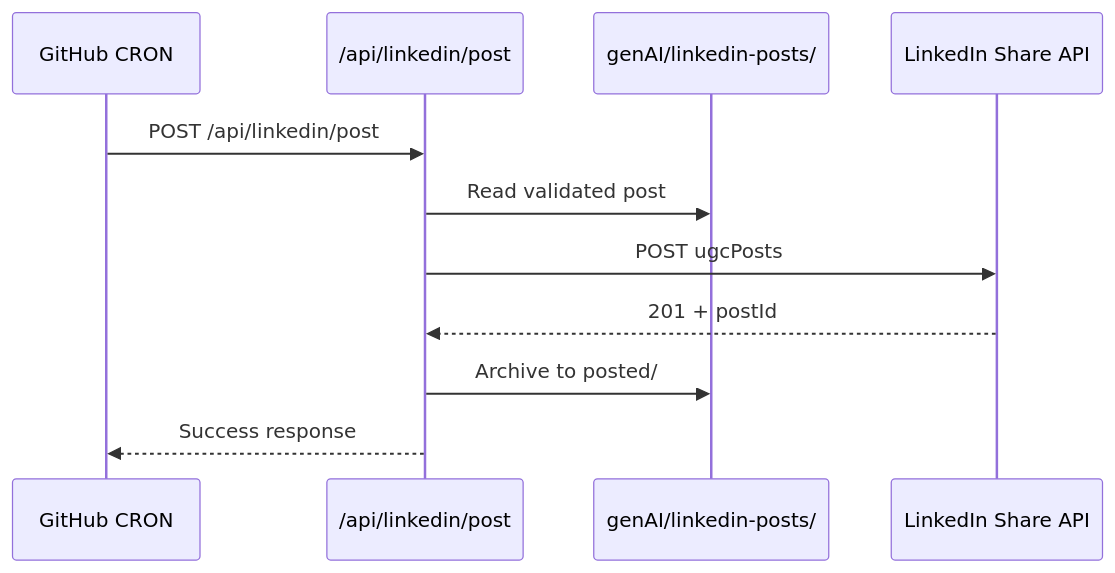
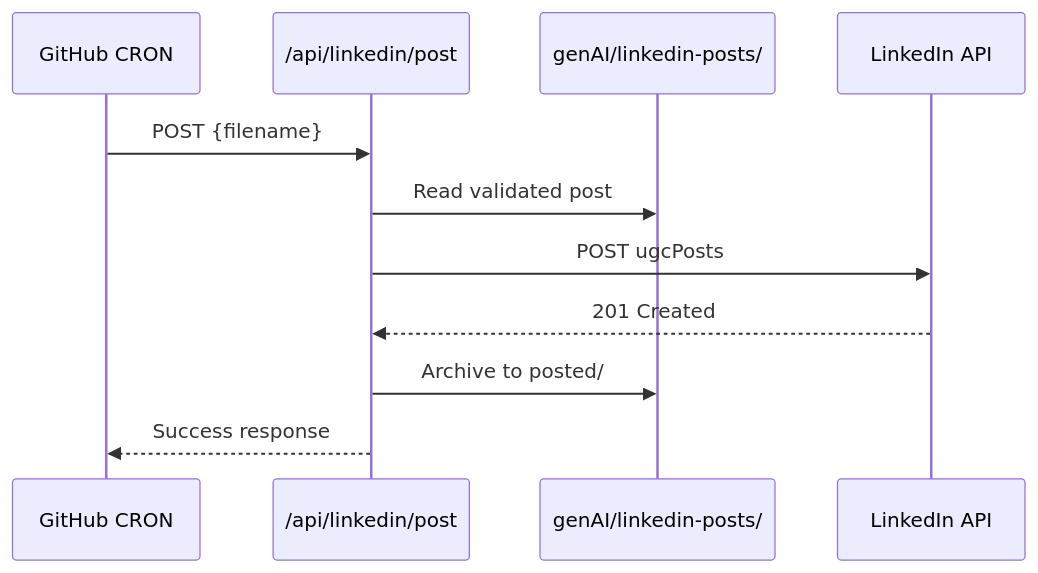
One commit to thomas-to-bcheme/thomas-to-bcheme changed the fifth of 8 diagrams in README.md. Above: the diagram before and after it, drawn with Mermaid. The commit also changed other lines of this file, not shown here.

First line of the commit message:
Refactor README with improved Mermaid visualizations

````diff
--- a/README.md
+++ b/README.md
@@ -372,14 +270,14 @@
 ```mermaid
 sequenceDiagram
-    participant Scheduler as GitHub CRON
-    participant API as /api/linkedin/post
-    participant FS as genAI/linkedin-posts/
-    participant LinkedIn as LinkedIn Share API
+    participant S as GitHub CRON
+    participant A as /api/linkedin/post
+    participant F as genAI/linkedin-posts/
+    participant L as LinkedIn API
 
-    Scheduler->>API: POST /api/linkedin/post
-    API->>FS: Read validated post
-    API->>LinkedIn: POST ugcPosts
-    LinkedIn-->>API: 201 + postId
-    API->>FS: Archive to posted/
-    API-->>Scheduler: Success response
+    S->>A: POST {filename}
+    A->>F: Read validated post
+    A->>L: POST ugcPosts
+    L-->>A: 201 Created
+    A->>F: Archive to posted/
+    A-->>S: Success response
 ```
````
